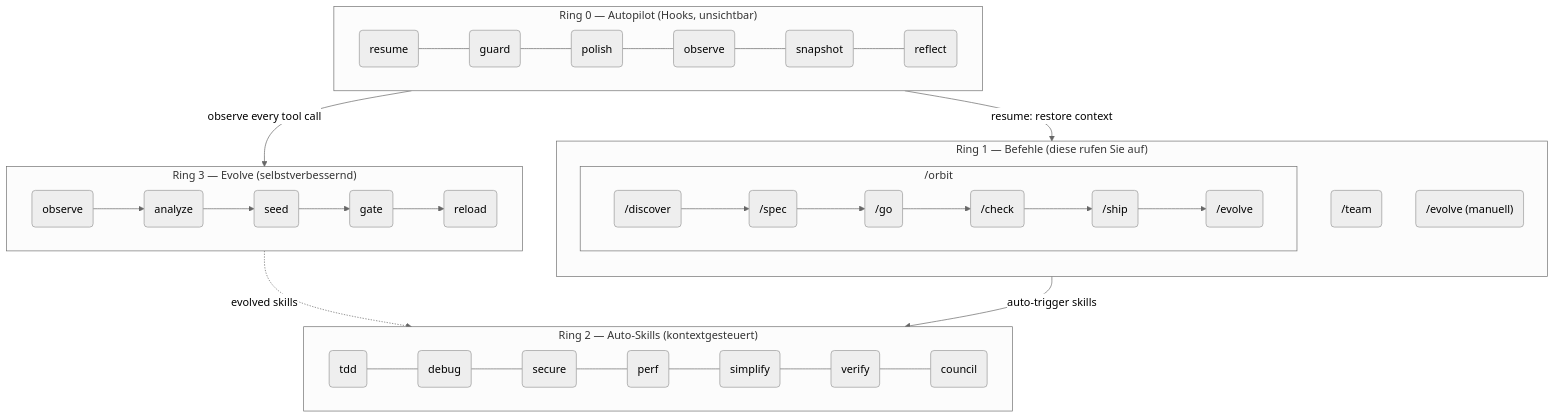
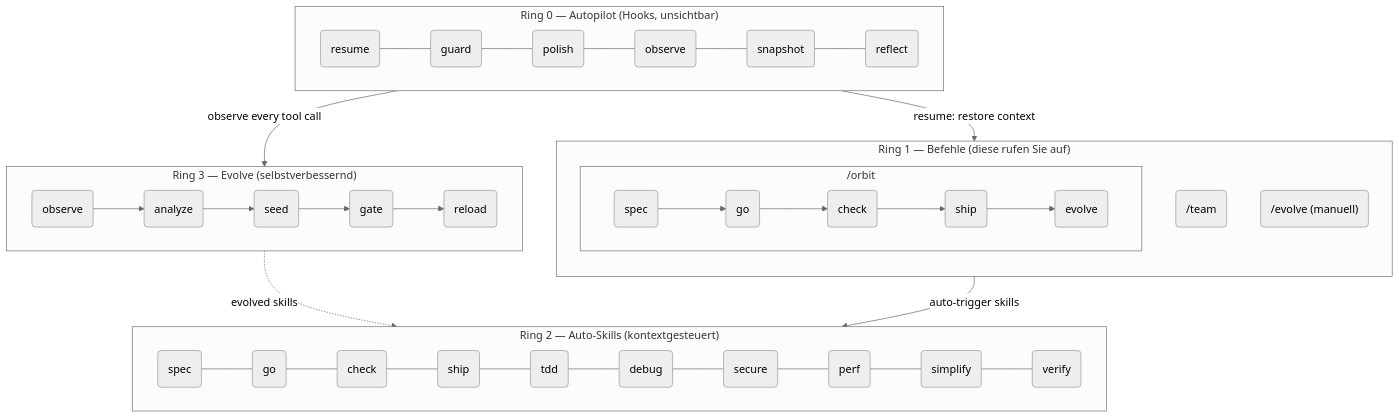
One commit to epicsagas/epic-harness changed the second of 2 diagrams in i18n/de/README.md. Above: the diagram before and after it, drawn with Mermaid (neutral theme). The commit also changed other lines of this file and 9 other files, not shown here.

````diff
--- a/i18n/de/README.md
+++ b/i18n/de/README.md
@@ -413,32 +416,32 @@
 ```mermaid
 flowchart TB
     subgraph R0["Ring 0 — Autopilot (Hooks, unsichtbar)"]
         direction LR
         h1(resume) --- h2(guard) --- h3(polish) --- h4(observe) --- h5(snapshot) --- h6(reflect)
     end
 
     subgraph R1["Ring 1 — Befehle (diese rufen Sie auf)"]
         direction TB
         subgraph orbit_wrap["  /orbit  "]
             direction LR
-            c1("/discover") --> c2("/spec") --> c3("/go") --> c4("/check") --> c5("/ship") --> c6("/evolve")
+            c1("spec") --> c2("go") --> c3("check") --> c4("ship") --> c5("evolve")
         end
-        c7("/team")
-        c8("/evolve (manuell)")
+        c6("/team")
+        c7("/evolve (manuell)")
     end
 
     subgraph R2["Ring 2 — Auto-Skills (kontextgesteuert)"]
         direction LR
-        s1(tdd) --- s2(debug) --- s3(secure) --- s4(perf) --- s5(simplify) --- s6(verify) --- s7(council)
+        s1(spec) --- s2(go) --- s3(check) --- s4(ship) --- s5(tdd) --- s6(debug) --- s7(secure) --- s8(perf) --- s9(simplify) --- s10(verify)
     end
 
     subgraph R3["Ring 3 — Evolve (selbstverbessernd)"]
         direction LR
         e1(observe) --> e2(analyze) --> e3(seed) --> e4(gate) --> e5(reload)
     end
 
     R0 -->|"observe every tool call"| R3
     R3 -.->|"evolved skills"| R2
     R1 -->|"auto-trigger skills"| R2
     R0 -->|"resume: restore context"| R1
 ```
````
